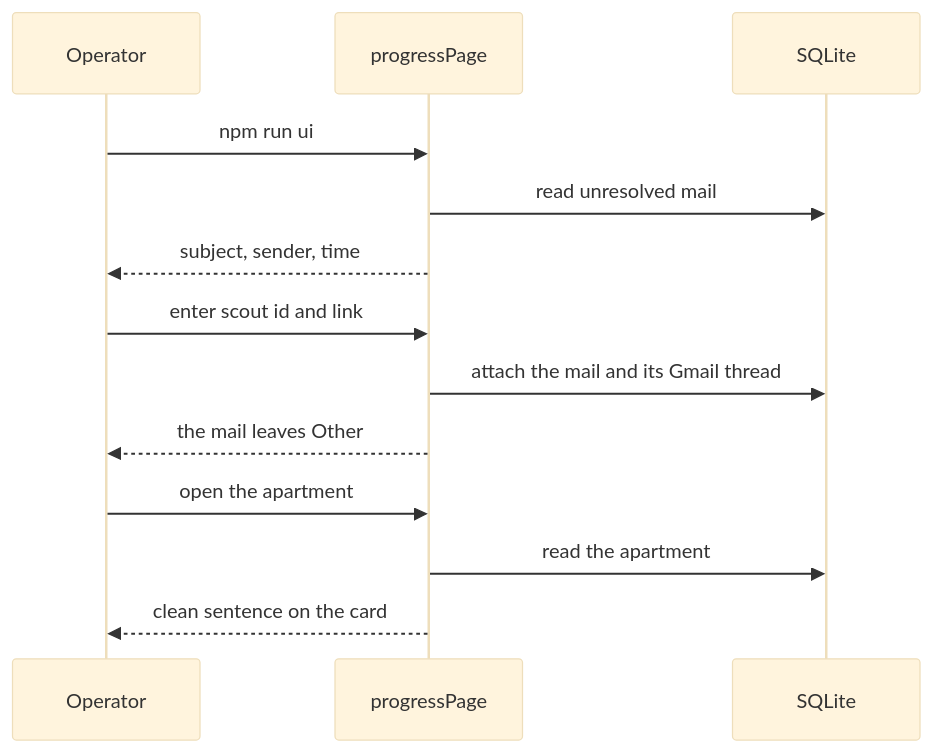
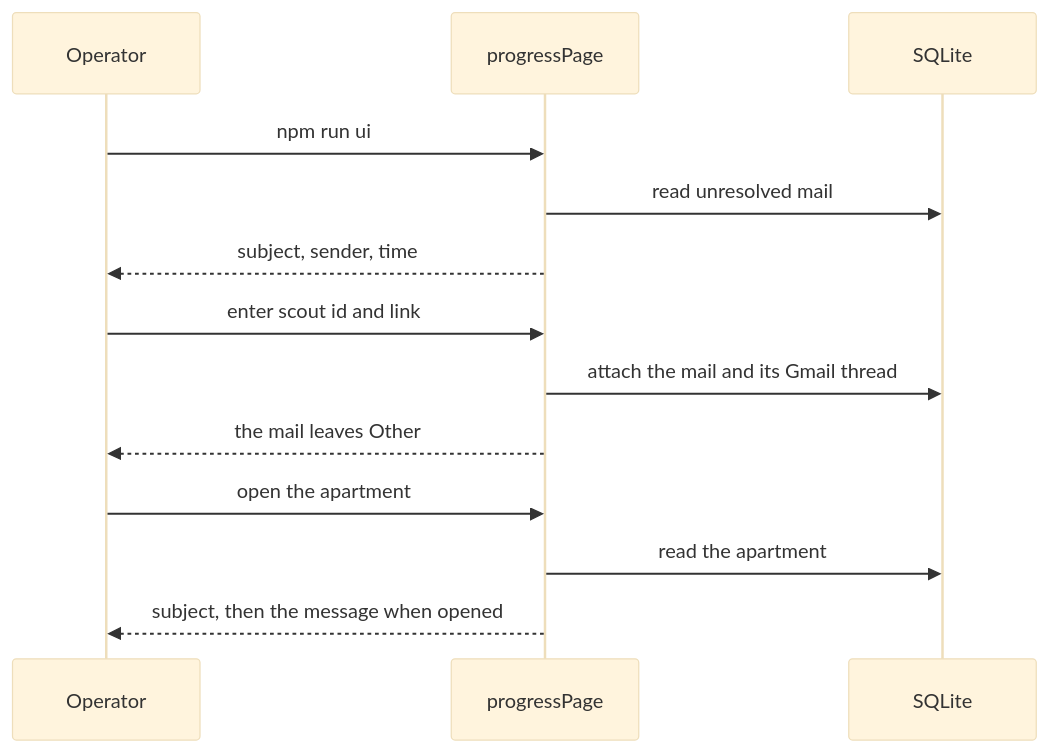
The fourth of 5 diagrams in docs/flows.md (shinnenkara/wohn-agent), drawn with Mermaid (base theme) before and after one commit. The commit also changed other lines of this file and 37 other files, not shown here.

````diff
--- a/docs/flows.md
+++ b/docs/flows.md
@@ -106,15 +111,15 @@
 ```mermaid
 sequenceDiagram
   participant Operator
   participant Ui as progressPage
   participant SQLite
   Operator->>Ui: npm run ui
   Ui->>SQLite: read unresolved mail
   Ui-->>Operator: subject, sender, time
   Operator->>Ui: enter scout id and link
   Ui->>SQLite: attach the mail and its Gmail thread
   Ui-->>Operator: the mail leaves Other
   Operator->>Ui: open the apartment
   Ui->>SQLite: read the apartment
-  Ui-->>Operator: clean sentence on the card
+  Ui-->>Operator: subject, then the message when opened
 ```
````
